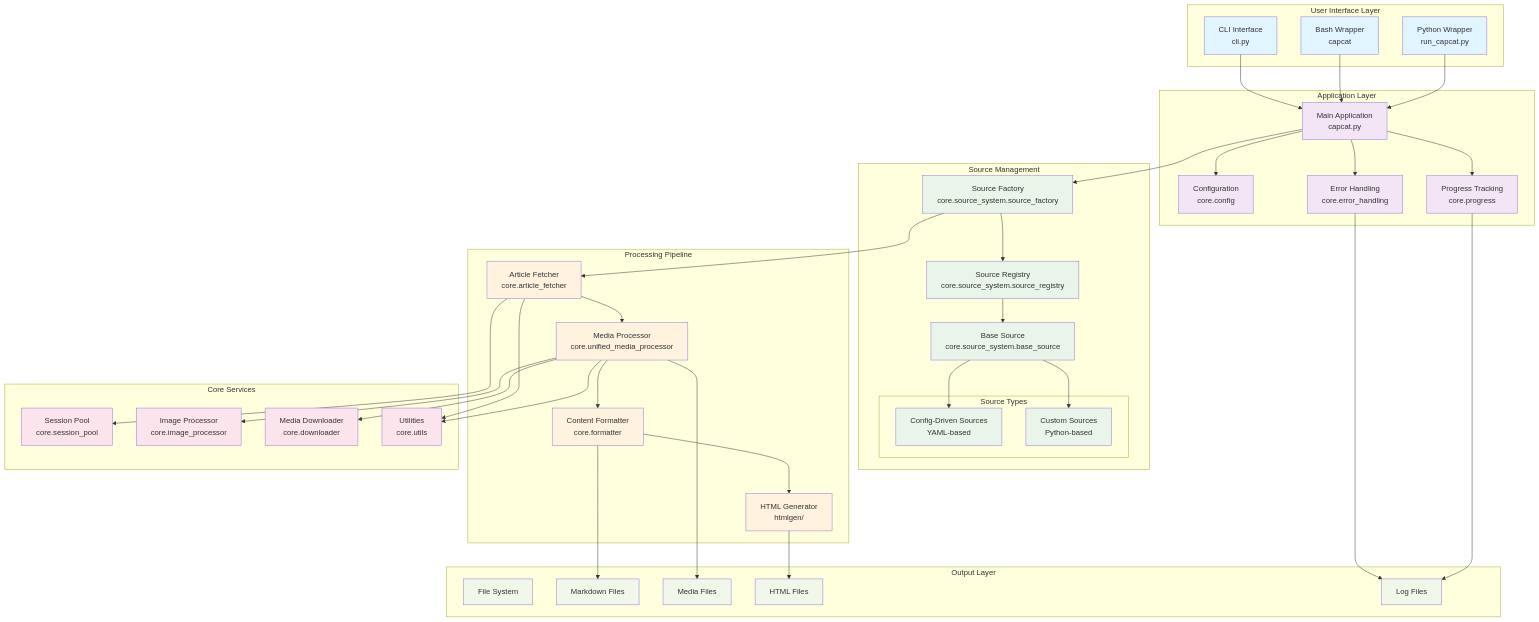
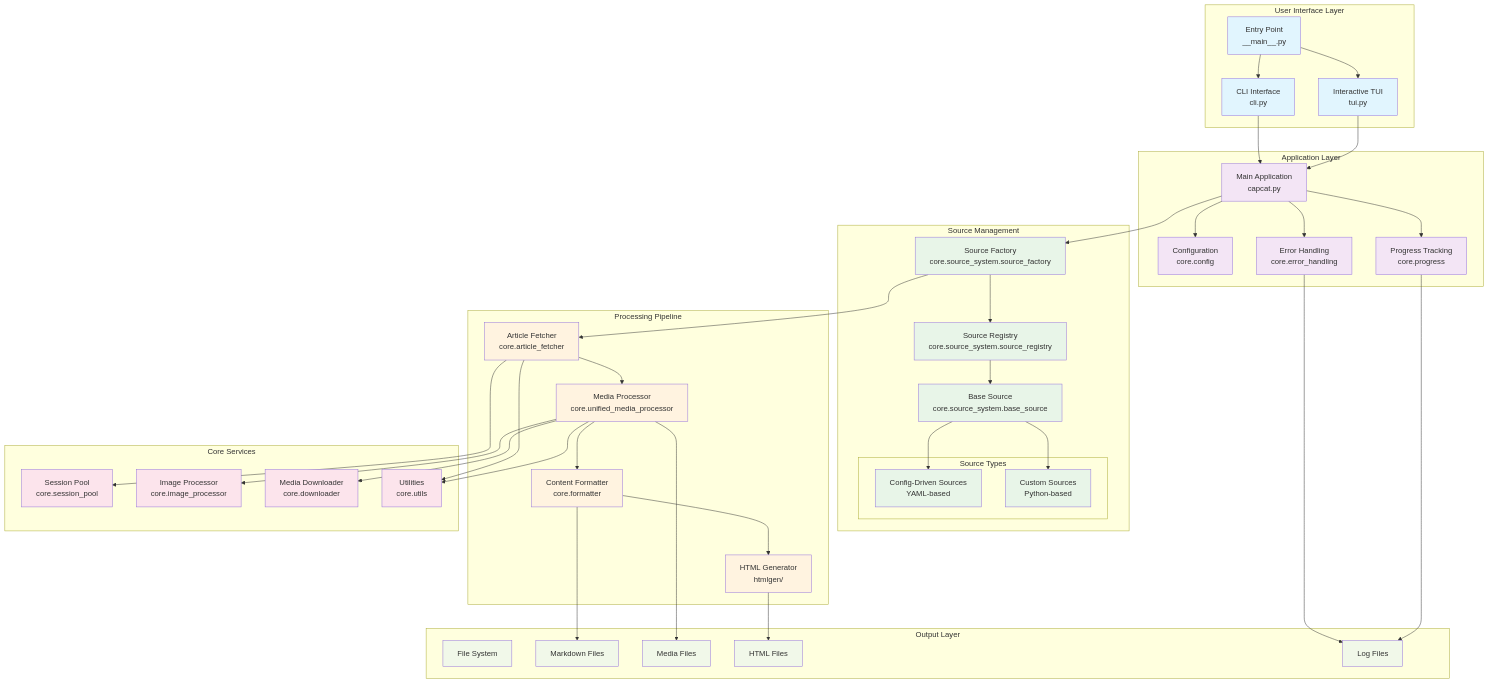
Before and after one commit to stayukasabov/capcat: the diagram in docs/diagrams/system_architecture.md, drawn with Mermaid. The commit also changed 4 other files, not shown here.

First line of the commit message:
fix: correct inaccurate Mermaid diagrams to match actual codebase

```diff
--- a/docs/diagrams/system_architecture.md
+++ b/docs/diagrams/system_architecture.md
@@ -4,8 +4,8 @@
 graph TB
     subgraph "User Interface Layer"
         CLI[CLI Interface<br/>cli.py]
-        Wrapper[Bash Wrapper<br/>capcat]
-        PythonWrapper[Python Wrapper<br/>run_capcat.py]
+        TUI[Interactive TUI<br/>tui.py]
+        EntryPoint[Entry Point<br/>__main__.py]
     end
 
     subgraph "Application Layer"
@@ -49,9 +49,10 @@
     end
 
     %% User interactions
+    EntryPoint --> CLI
+    EntryPoint --> TUI
     CLI --> Main
-    Wrapper --> Main
-    PythonWrapper --> Main
+    TUI --> Main
 
     %% Application flow
     Main --> Config
@@ -93,7 +94,7 @@
     classDef serviceLayer fill:#fce4ec
     classDef outputLayer fill:#f1f8e9
 
-    class CLI,Wrapper,PythonWrapper uiLayer
+    class CLI,TUI,EntryPoint uiLayer
     class Main,Config,ErrorHandler,Progress appLayer
     class SourceFactory,SourceRegistry,BaseSource,ConfigDriven,CustomSources sourceLayer
     class ArticleFetcher,MediaProcessor,ContentFormatter,HTMLGenerator processLayer
```
